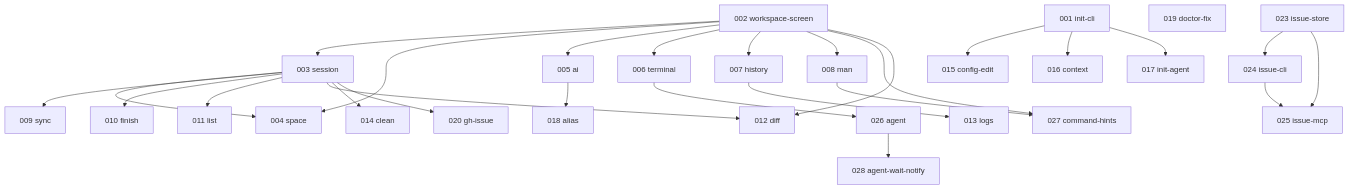
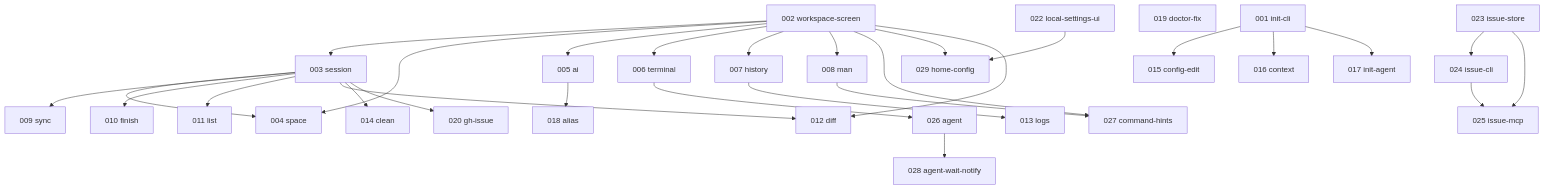
One commit to kkyosuke/usagi changed the diagram in issues/README.md. Above: the diagram before and after it, drawn with Mermaid. The commit also changed other lines of this file and 10 other files, not shown here.

````diff
--- a/issues/README.md
+++ b/issues/README.md
@@ -47,35 +48,37 @@
 ```mermaid
 graph TD
     001[001 init-cli]
     002[002 workspace-screen]
     003[003 session]
     019[019 doctor-fix]
 
     002 --> 003
     002 --> 004[004 space]
     003 --> 004
     002 --> 005[005 ai]
     002 --> 006[006 terminal]
     006 --> 026[026 agent]
     026 --> 028[028 agent-wait-notify]
     002 --> 007[007 history]
     002 --> 008[008 man]
     002 --> 027[027 command-hints]
     008 --> 027
+    002 --> 029[029 home-config]
+    022[022 local-settings-ui] --> 029
     003 --> 009[009 sync]
     003 --> 010[010 finish]
     003 --> 011[011 list]
     002 --> 012[012 diff]
     003 --> 012
     007 --> 013[013 logs]
     003 --> 014[014 clean]
     001 --> 015[015 config-edit]
     001 --> 016[016 context]
     001 --> 017[017 init-agent]
     005 --> 018[018 alias]
     003 --> 020[020 gh-issue]
     023[023 issue-store]
     023 --> 024[024 issue-cli]
     023 --> 025[025 issue-mcp]
     024 --> 025
 ```
````
